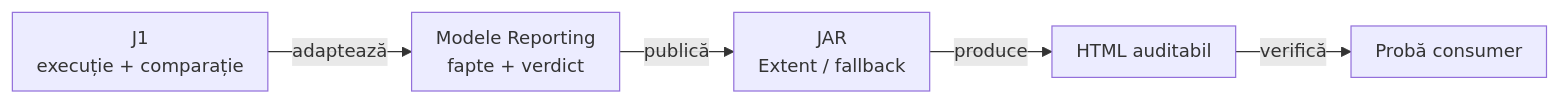
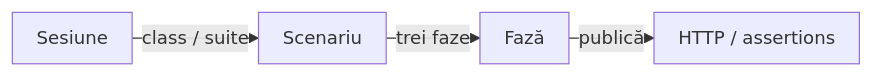
Before and after one commit to crististefanita/atf_j2: the diagram in docs/ATF_Reporting_Library_Atlas.md, drawn with Mermaid. The commit also changed other lines of this file and 360 other files, not shown here.

````diff
--- a/docs/ATF_Reporting_Library_Atlas.md
+++ b/docs/ATF_Reporting_Library_Atlas.md
@@ -38,8 +38,7 @@
 ```mermaid
-%%{init: {"themeVariables":{"fontSize":"15px"},"themeCSS":".nodeLabel, .nodeLabel p { font-size: 15px !important; line-height: 1.35 !important; } .edgeLabel, .edgeLabel p { font-size: 12px !important; font-weight: 400 !important; line-height: 1.2 !important; } .edgeLabel .labelBkg, .edgeLabel p { background: transparent !important; } .edgeLabel foreignObject { transform: translateY(-18px); overflow: visible; } .node rect { rx: 6px; ry: 6px; }","flowchart":{"curve":"linear","nodeSpacing":24,"rankSpacing":40,"padding":10,"diagramPadding":16}}}%%
+%%{init: {"themeVariables":{"fontSize":"15px"},"themeCSS":".nodeLabel, .nodeLabel p { font-size: 15px !important; line-height: 1.35 !important; } .edgeLabel, .edgeLabel p { font-size: 12px !important; font-weight: 400 !important; line-height: 1.2 !important; } .edgeLabel .labelBkg, .edgeLabel p { background: transparent !important; } .edgeLabel foreignObject { transform: translateY(-18px); overflow: visible; } .node rect { rx: 6px; ry: 6px; }","flowchart":{"curve":"linear","nodeSpacing":24,"rankSpacing":16,"padding":10,"diagramPadding":16}}}%%
 flowchart LR
-    Caller["J1<br/>execuție + comparație"] -->|adaptează| DTO["Modele Reporting<br/>fapte + verdict"]
-    DTO -->|publică| Jar["JAR<br/>Extent / fallback"]
-    Jar -->|produce| Html["HTML auditabil"]
-    Html -->|verifică| Proof["Probă consumer"]
+    Session["Sesiune"] -->|class / suite| Scenario["Scenariu"]
+    Scenario -->|trei faze| Phase["Fază"]
+    Phase -->|publică| Evidence["HTTP / assertions"]
 ```
````
